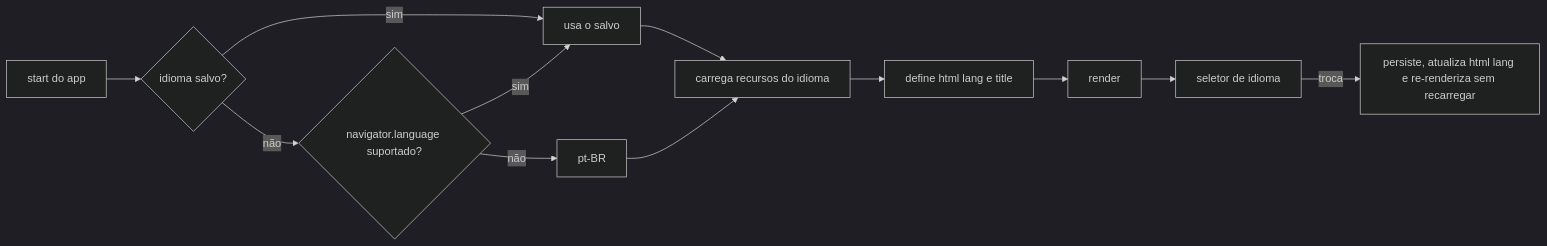
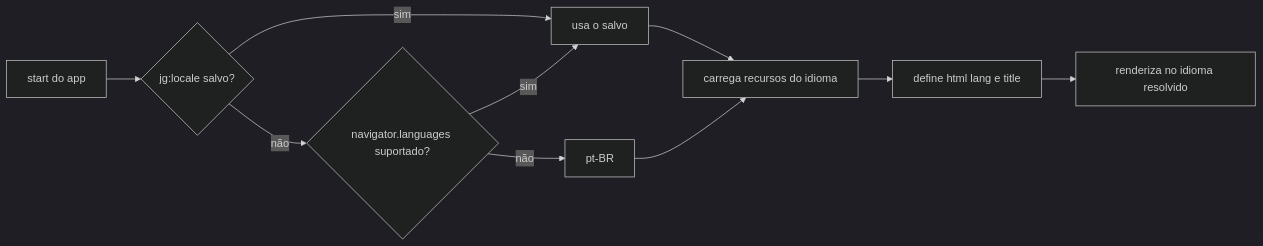
One commit to Bruno-Meireles/jungle-gaming-challenge changed the sixth of 6 diagrams in docs/flows.md. Above: the diagram before and after it, drawn with Mermaid (dark theme). The commit also changed 20 other files, not shown here.

````diff
--- a/docs/flows.md
+++ b/docs/flows.md
@@ -118,14 +118,12 @@
 ```mermaid
 flowchart LR
-  A["start do app"] --> B{"idioma salvo?"}
+  A["start do app"] --> B{"jg:locale salvo?"}
   B -->|sim| D["usa o salvo"]
-  B -->|não| C{"navigator.language suportado?"}
+  B -->|não| C{"navigator.languages suportado?"}
   C -->|sim| D
   C -->|não| E["pt-BR"]
   D --> F["carrega recursos do idioma"]
   E --> F
   F --> G["define html lang e title"]
-  G --> H["render"]
-  H --> I["seletor de idioma"]
-  I -->|troca| J["persiste, atualiza html lang e re-renderiza sem recarregar"]
+  G --> H["renderiza no idioma resolvido"]
 ```
````
